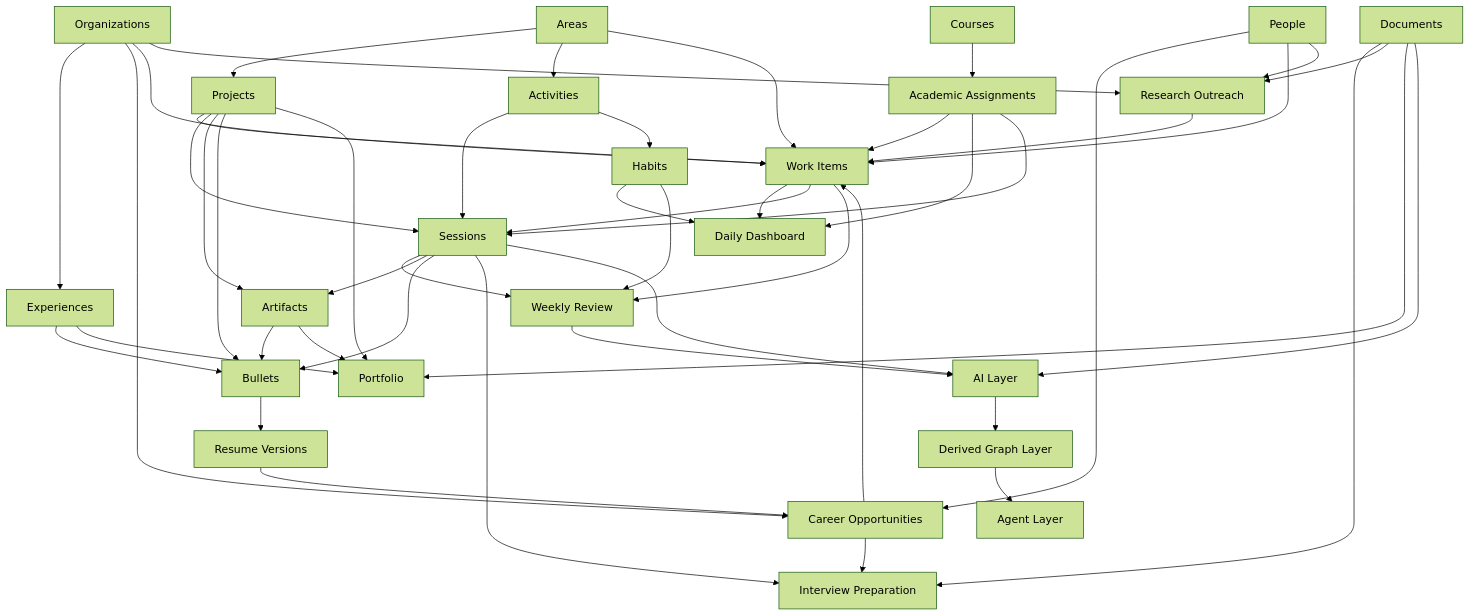
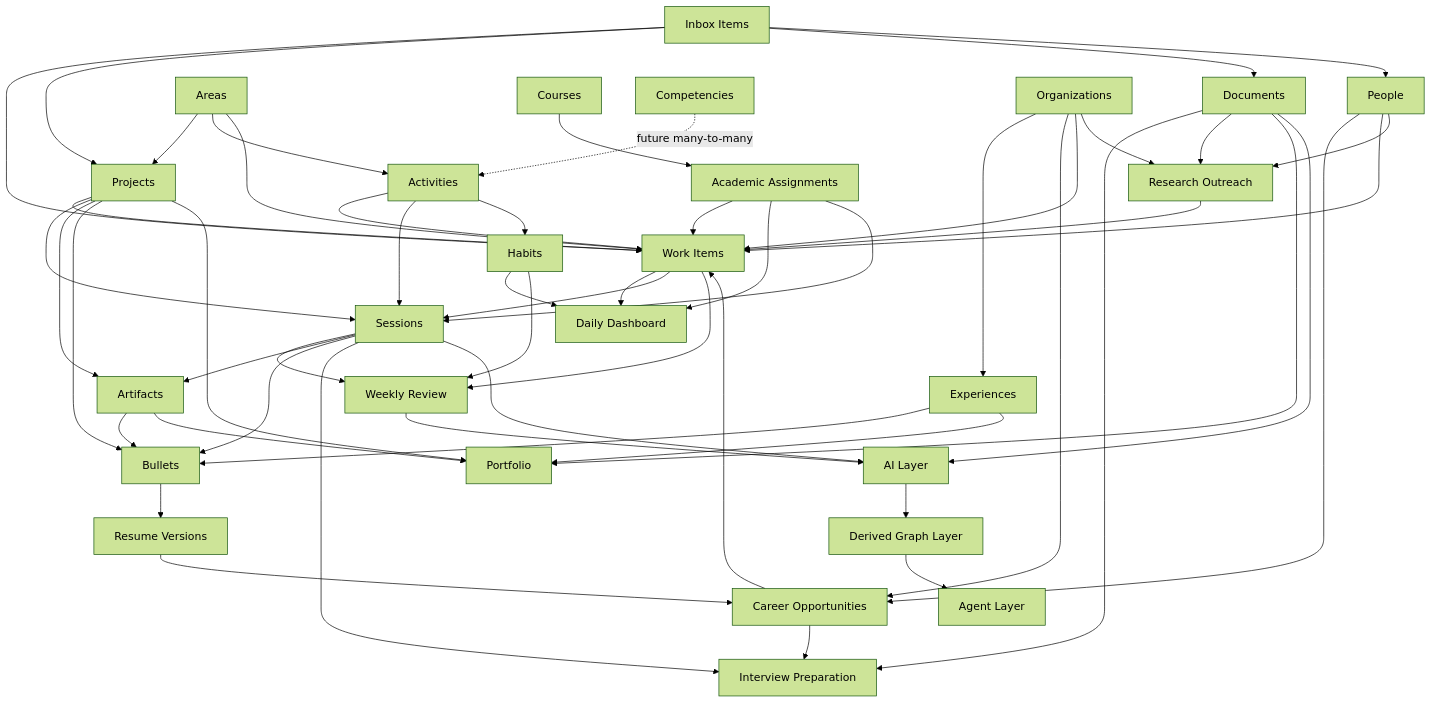
Before and after one commit to Aydinm1/ares: the diagram in docs/architecture.md, drawn with Mermaid (forest theme). The commit also changed other lines of this file and 2 other files, not shown here.

Commit message:
docs: center inbox activities and sessions

````diff
--- a/docs/architecture.md
+++ b/docs/architecture.md
@@ -335,54 +362,60 @@
 ```mermaid
 flowchart TD
+  Inbox[Inbox Items] --> WorkItems[Work Items]
+  Inbox --> Projects
+  Inbox --> Documents
+  Inbox --> People
   Areas --> Projects
   Areas --> Activities
-  Areas --> WorkItems[Work Items]
+  Areas --> WorkItems
   Projects --> WorkItems
   Projects --> Sessions
+  Activities --> WorkItems
   Activities --> Sessions
   Activities --> Habits
   WorkItems --> DailyDashboard[Daily Dashboard]
   Courses --> AcademicAssignments[Academic Assignments]
   AcademicAssignments --> WorkItems
   AcademicAssignments --> DailyDashboard
   AcademicAssignments --> Sessions
   WorkItems --> Sessions
   Habits --> DailyDashboard
   Sessions --> WeeklyReview[Weekly Review]
   WorkItems --> WeeklyReview
   Habits --> WeeklyReview
+  Competencies -. future many-to-many .-> Activities
 
   Organizations --> Experiences
   Organizations --> CareerOpportunities[Career Opportunities]
   People --> CareerOpportunities
   Organizations --> WorkItems
   People --> WorkItems
   CareerOpportunities --> WorkItems
   Sessions --> Artifacts
   Projects --> Artifacts
   Experiences --> Bullets
   Projects --> Bullets
   Sessions --> Bullets
   Artifacts --> Bullets
   Bullets --> ResumeVersions[Resume Versions]
   ResumeVersions --> CareerOpportunities
   CareerOpportunities --> InterviewPrep[Interview Preparation]
   Sessions --> InterviewPrep
   Documents --> InterviewPrep
 
   Organizations --> ResearchOutreach[Research Outreach]
   People --> ResearchOutreach
   ResearchOutreach --> WorkItems
   Documents --> ResearchOutreach
 
   Experiences --> Portfolio
   Projects --> Portfolio
   Artifacts --> Portfolio
   Documents --> Portfolio
 
   WeeklyReview --> AILayer[AI Layer]
   Documents --> AILayer
   Sessions --> AILayer
   AILayer --> GraphLayer[Derived Graph Layer]
   GraphLayer --> AgentLayer[Agent Layer]
 ```
````
